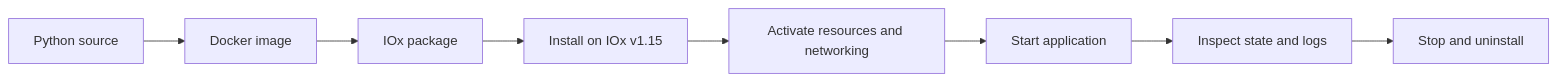
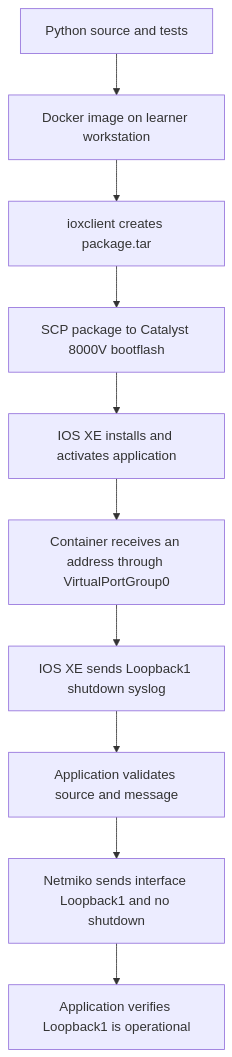
Before and after one commit to tanthanh85/CCNPAUTO: the diagram in LAB/Lab15/Lab15.md, drawn with Mermaid. The commit also changed other lines of this file and 3 other files, not shown here.

````diff
--- a/LAB/Lab15/Lab15.md
+++ b/LAB/Lab15/Lab15.md
@@ -21,10 +27,12 @@
 ```mermaid
-flowchart LR
-    Code["Python source"] --> Image["Docker image"]
-    Image --> Package["IOx package"]
-    Package --> Install["Install on IOx v1.15"]
-    Install --> Activate["Activate resources and networking"]
-    Activate --> Start["Start application"]
-    Start --> Observe["Inspect state and logs"]
-    Observe --> Stop["Stop and uninstall"]
+flowchart TD
+    A["Python source and tests"] --> B["Docker image on learner workstation"]
+    B --> C["ioxclient creates package.tar"]
+    C --> D["SCP package to Catalyst 8000V bootflash"]
+    D --> E["IOS XE installs and activates application"]
+    E --> F["Container receives an address through VirtualPortGroup0"]
+    F --> G["IOS XE sends Loopback1 shutdown syslog"]
+    G --> H["Application validates source and message"]
+    H --> I["Netmiko sends interface Loopback1 and no shutdown"]
+    I --> J["Application verifies Loopback1 is operational"]
 ```
````
